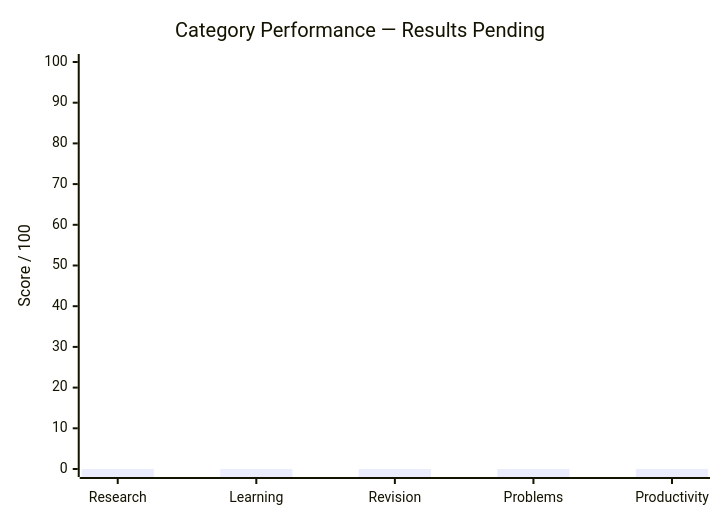
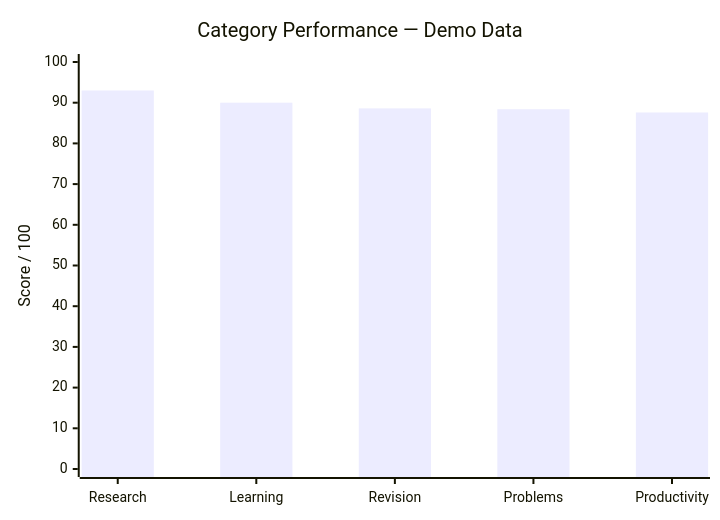
Diagram 17 of 23 in README.md (mahik2007/hackathon), drawn with Mermaid before and after one commit. The commit also changed other lines of this file, not shown here.

First line of the commit message:
Revise README with demo data for benchmarks

````diff
--- a/README.md
+++ b/README.md
@@ -318,7 +320,7 @@
 ```mermaid
 xychart-beta
-    title "Category Performance — Results Pending"
+    title "Category Performance — Demo Data"
     x-axis ["Research", "Learning", "Revision", "Problems", "Productivity"]
     y-axis "Score / 100" 0 --> 100
-    bar [0, 0, 0, 0, 0]
+    bar [93.0, 90.0, 88.6, 88.4, 87.6]
 ```
````
